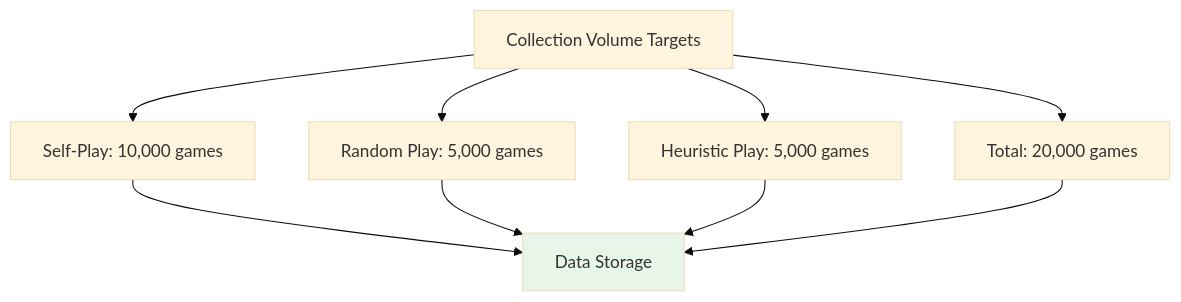
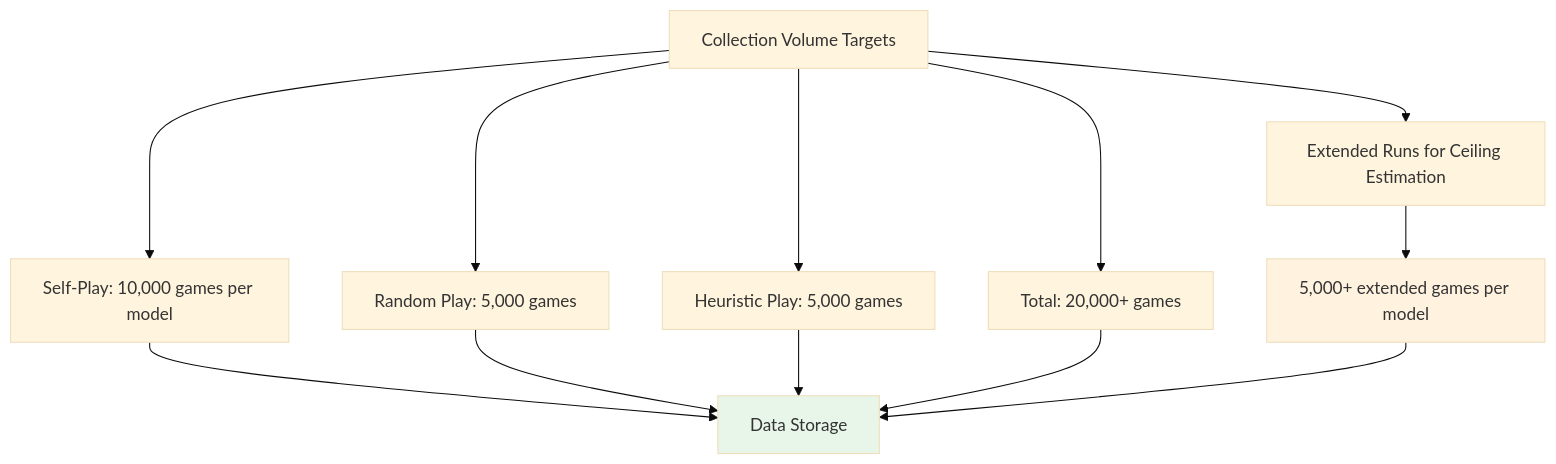
One commit to Evintkoo/2048-ml changed the fourth of 6 diagrams in plan/06-Data/01-Collection/01-data-collection-strategy.md. Above: the diagram before and after it, drawn with Mermaid (base theme). The commit also changed other lines of this file and 5 other files, not shown here.

First line of the commit message:
Refocus goals on finding each model's score ceiling

````diff
--- a/plan/06-Data/01-Collection/01-data-collection-strategy.md
+++ b/plan/06-Data/01-Collection/01-data-collection-strategy.md
@@ -78,15 +78,19 @@
 ```mermaid
 flowchart TB
     Volume[Collection Volume Targets]
-    Volume --> V1[Self-Play: 10,000 games]
+    Volume --> V1[Self-Play: 10,000 games per model]
     Volume --> V2[Random Play: 5,000 games]
     Volume --> V3[Heuristic Play: 5,000 games]
-    Volume --> V4[Total: 20,000 games]
+    Volume --> V4[Total: 20,000+ games]
+    Volume --> Ceiling[Extended Runs for Ceiling Estimation]
+    Ceiling --> CeilingGames[5,000+ extended games per model]
     
     V1 --> Storage[Data Storage]
     V2 --> Storage
     V3 --> Storage
     V4 --> Storage
+    CeilingGames --> Storage
     
     style Storage fill:#e8f5e9
+    style CeilingGames fill:#fff3e0
 ```
````
